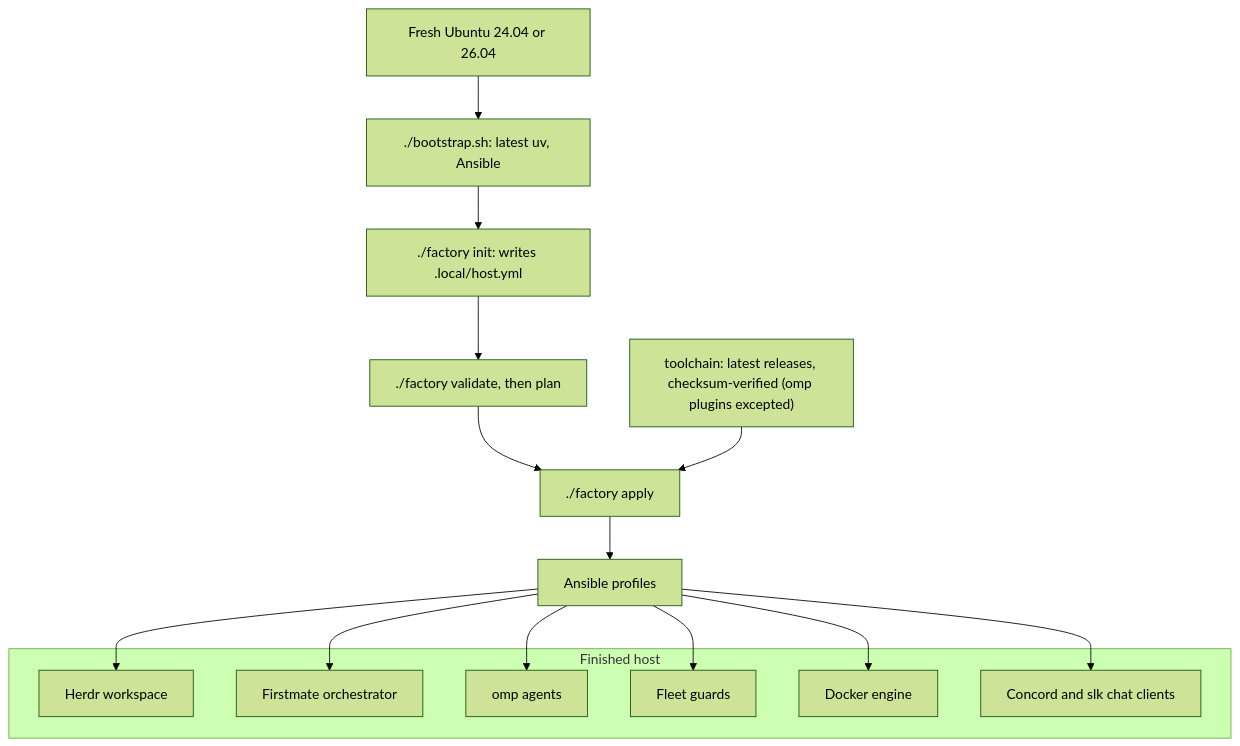
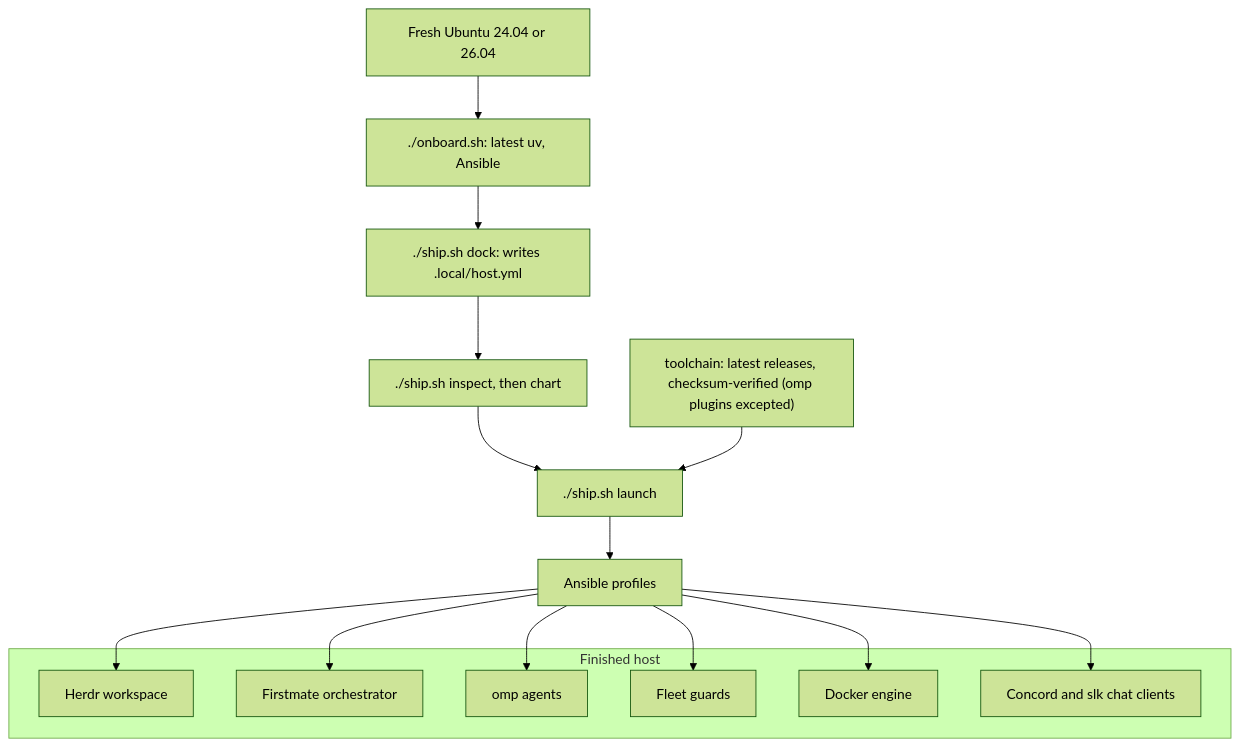
Before and after one commit to i098/Code-Factory: the diagram in README.md, drawn with Mermaid (forest theme). The commit also changed other lines of this file and 45 other files, not shown here.

````diff
--- a/README.md
+++ b/README.md
@@ -9,23 +9,23 @@
 ```mermaid
 flowchart TD
-    box["Fresh Ubuntu 24.04 or 26.04"] --> boot["./bootstrap.sh: latest uv, Ansible"]
-    boot --> init["./factory init: writes .local/host.yml"]
-    init --> check["./factory validate, then plan"]
-    check --> apply["./factory apply"]
+    box["Fresh Ubuntu 24.04 or 26.04"] --> boot["./onboard.sh: latest uv, Ansible"]
+    boot --> init["./ship.sh dock: writes .local/host.yml"]
+    init --> check["./ship.sh inspect, then chart"]
+    check --> apply["./ship.sh launch"]
     lock["toolchain: latest releases, checksum-verified (omp plugins excepted)"] --> apply
     apply --> profiles["Ansible profiles"]
     subgraph host["Finished host"]
         herdr["Herdr workspace"]
         fm["Firstmate orchestrator"]
         agents["omp agents"]
         guards["Fleet guards"]
         docker["Docker engine"]
         chat["Concord and slk chat clients"]
     end
     profiles --> herdr
     profiles --> fm
     profiles --> agents
     profiles --> guards
     profiles --> docker
     profiles --> chat
 ```
````
